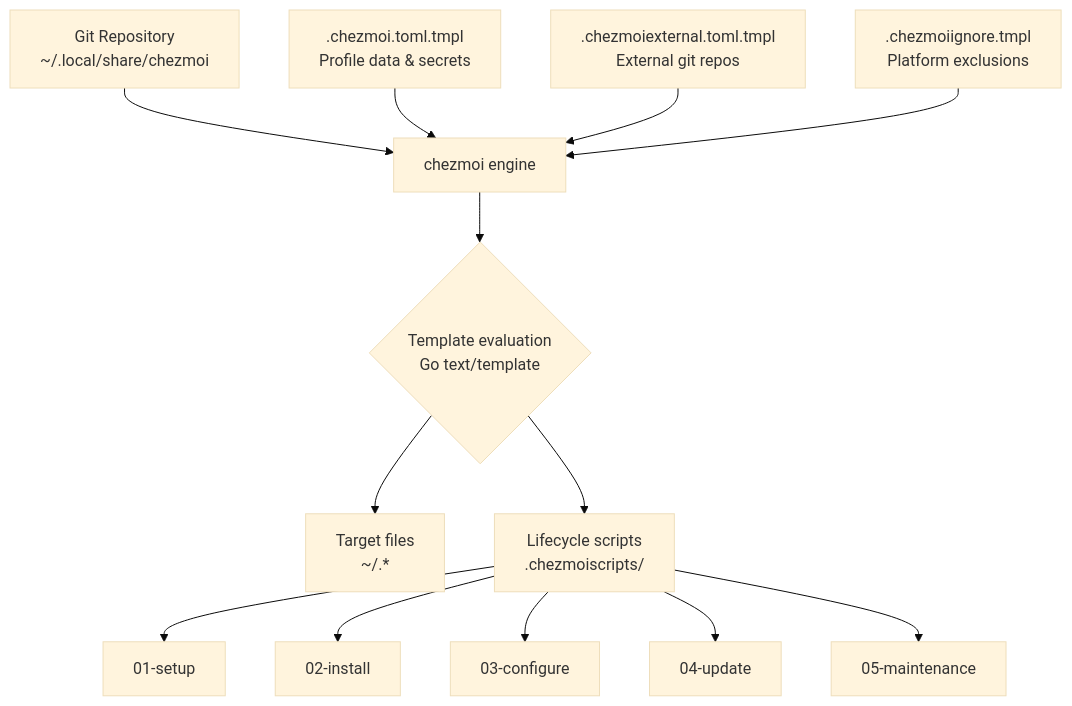
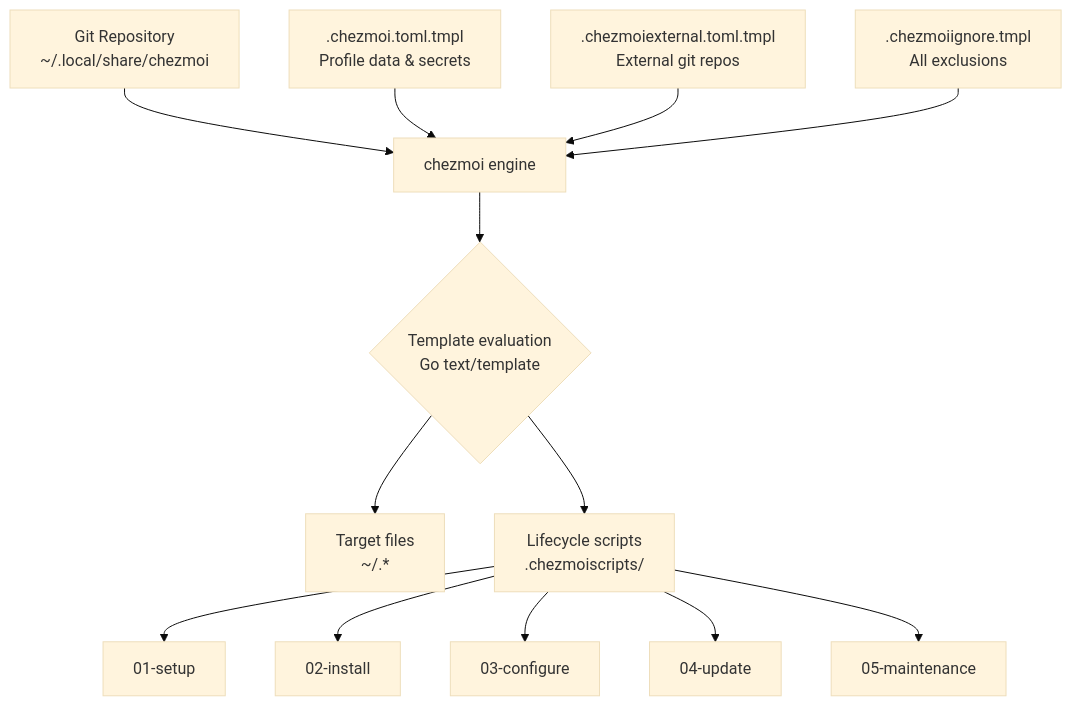
The first of 6 diagrams in docs/ARCHITECTURE.md (jsoyer/dotfiles), drawn with Mermaid (base theme) before and after one commit. The commit also changed other lines of this file and 19 other files, not shown here.

````diff
--- a/docs/ARCHITECTURE.md
+++ b/docs/ARCHITECTURE.md
@@ -7,15 +7,15 @@
 ```mermaid
 graph TD
     A[Git Repository<br>~/.local/share/chezmoi] --> B[chezmoi engine]
     C[.chezmoi.toml.tmpl<br>Profile data & secrets] --> B
     D[.chezmoiexternal.toml.tmpl<br>External git repos] --> B
-    E[.chezmoiignore.tmpl<br>Platform exclusions] --> B
+    E[.chezmoiignore.tmpl<br>All exclusions] --> B
     B --> F{Template evaluation<br>Go text/template}
     F --> G[Target files<br>~/.*]
     F --> H[Lifecycle scripts<br>.chezmoiscripts/]
     H --> I[01-setup]
     H --> J[02-install]
     H --> K[03-configure]
     H --> L[04-update]
     H --> M[05-maintenance]
 ```
````
